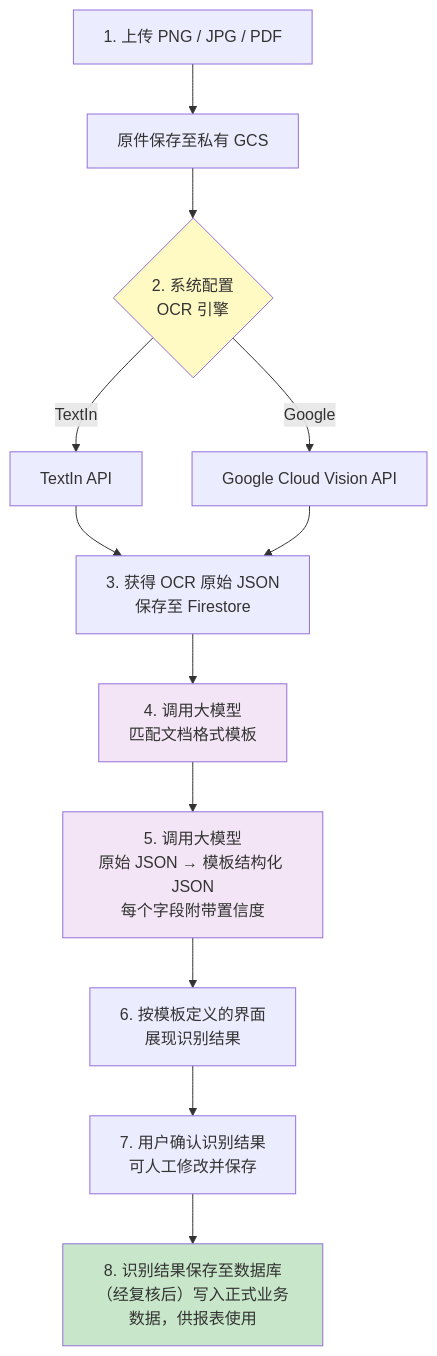
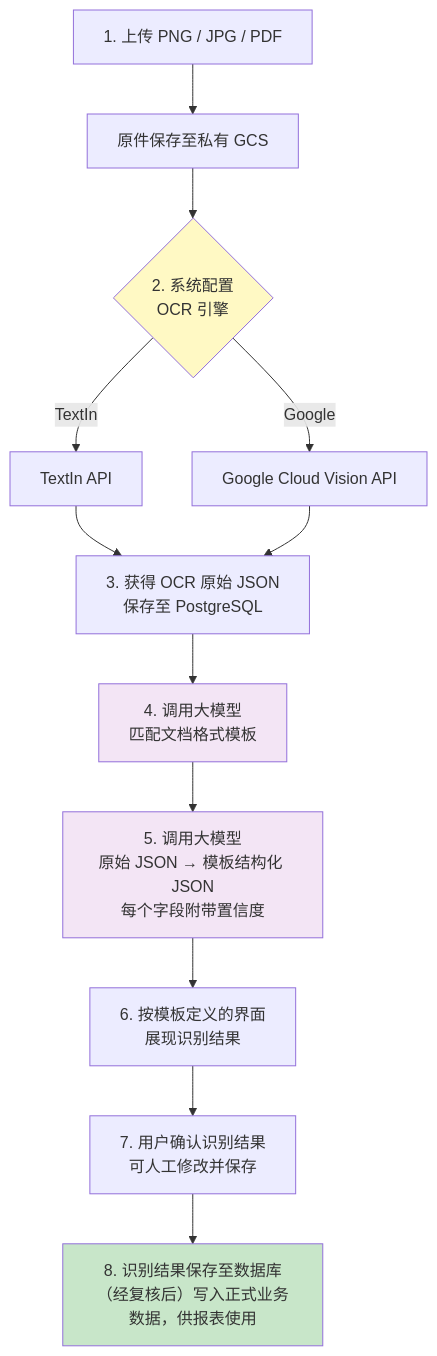
The second of 3 diagrams in docs/10-product/PRD-SaiFlow.md (aibaba-go/saiflow-monorepo), drawn with Mermaid before and after one commit. The commit also changed other lines of this file and 17 other files, not shown here.

Commit message:
[adopt-vps-docker] sync docs to ADR-008: VPS + Docker, PostgreSQL jsonb for form data, GCS kept

````diff
--- a/docs/10-product/PRD-SaiFlow.md
+++ b/docs/10-product/PRD-SaiFlow.md
@@ -172,19 +172,19 @@
 ```mermaid
 flowchart TB
     U["1. 上传 PNG / JPG / PDF"] --> G["原件保存至私有 GCS"]
     G --> E{"2. 系统配置<br>OCR 引擎"}
     E -- TextIn --> T["TextIn API"]
     E -- Google --> V["Google Cloud Vision API"]
-    T --> RAW["3. 获得 OCR 原始 JSON<br>保存至 Firestore"]
+    T --> RAW["3. 获得 OCR 原始 JSON<br>保存至 PostgreSQL"]
     V --> RAW
     RAW --> M["4. 调用大模型<br>匹配文档格式模板"]
     M --> X["5. 调用大模型<br>原始 JSON → 模板结构化 JSON<br>每个字段附带置信度"]
     X --> UI["6. 按模板定义的界面<br>展现识别结果"]
     UI --> CF["7. 用户确认识别结果<br>可人工修改并保存"]
     CF --> DB["8. 识别结果保存至数据库<br>（经复核后）写入正式业务数据，供报表使用"]
 
     style E fill:#fff9c4
     style M fill:#f3e5f5
     style X fill:#f3e5f5
     style DB fill:#c8e6c9
 ```
````
